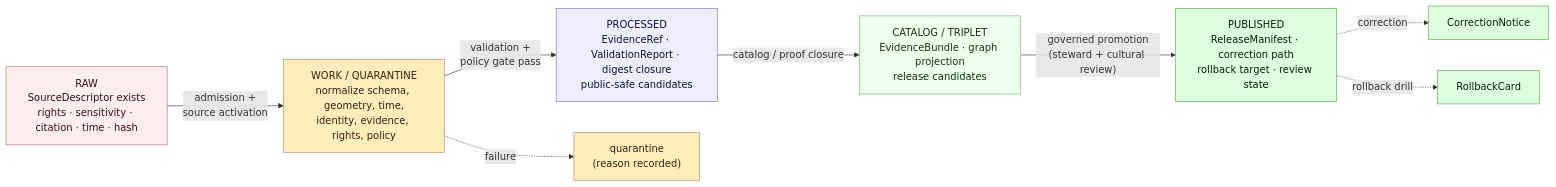
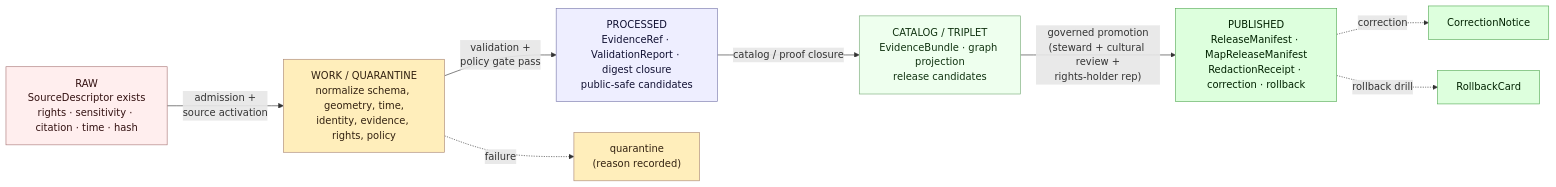
The second of 3 diagrams in docs/domains/archaeology/ARCHITECTURE.md (bartytime4life/Kansas-Frontier-Matrix), drawn with Mermaid before and after one commit. The commit also changed other lines of this file, not shown here.

````diff
--- a/docs/domains/archaeology/ARCHITECTURE.md
+++ b/docs/domains/archaeology/ARCHITECTURE.md
@@ -336,27 +371,27 @@
 ```mermaid
 flowchart LR
   RAW["RAW<br/>SourceDescriptor exists<br/>rights · sensitivity · citation · time · hash"]
   WORK["WORK / QUARANTINE<br/>normalize schema, geometry, time,<br/>identity, evidence, rights, policy"]
   PROC["PROCESSED<br/>EvidenceRef · ValidationReport · digest closure<br/>public-safe candidates"]
   CAT["CATALOG / TRIPLET<br/>EvidenceBundle · graph projection<br/>release candidates"]
-  PUB["PUBLISHED<br/>ReleaseManifest · correction path<br/>rollback target · review state"]
+  PUB["PUBLISHED<br/>ReleaseManifest · MapReleaseManifest<br/>RedactionReceipt · correction · rollback"]
 
   RAW -->|"admission +<br/>source activation"| WORK
   WORK -->|"validation +<br/>policy gate pass"| PROC
   WORK -.->|"failure"| Q["quarantine<br/>(reason recorded)"]
   PROC -->|"catalog / proof closure"| CAT
-  CAT -->|"governed promotion<br/>(steward + cultural review)"| PUB
+  CAT -->|"governed promotion<br/>(steward + cultural review +<br/>rights-holder rep)"| PUB
   PUB -.->|"correction"| CN["CorrectionNotice"]
   PUB -.->|"rollback drill"| RB["RollbackCard"]
 
   classDef raw fill:#fee,stroke:#a77,color:#311
   classDef work fill:#feb,stroke:#a87,color:#321
   classDef proc fill:#eef,stroke:#77a,color:#113
   classDef cat fill:#efe,stroke:#7a7,color:#131
   classDef pub fill:#dfd,stroke:#5a5,color:#020
   class RAW raw
   class WORK,Q work
   class PROC proc
   class CAT cat
   class PUB,CN,RB pub
 ```
````
